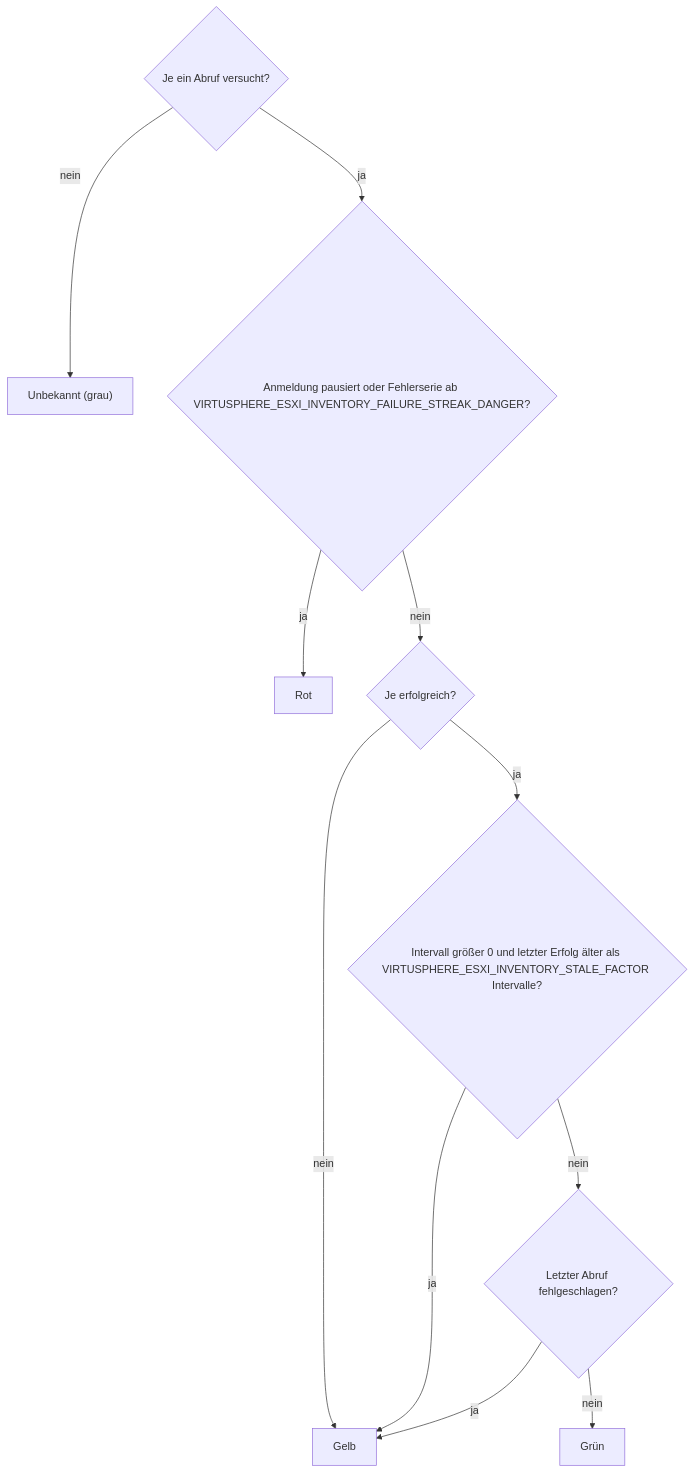
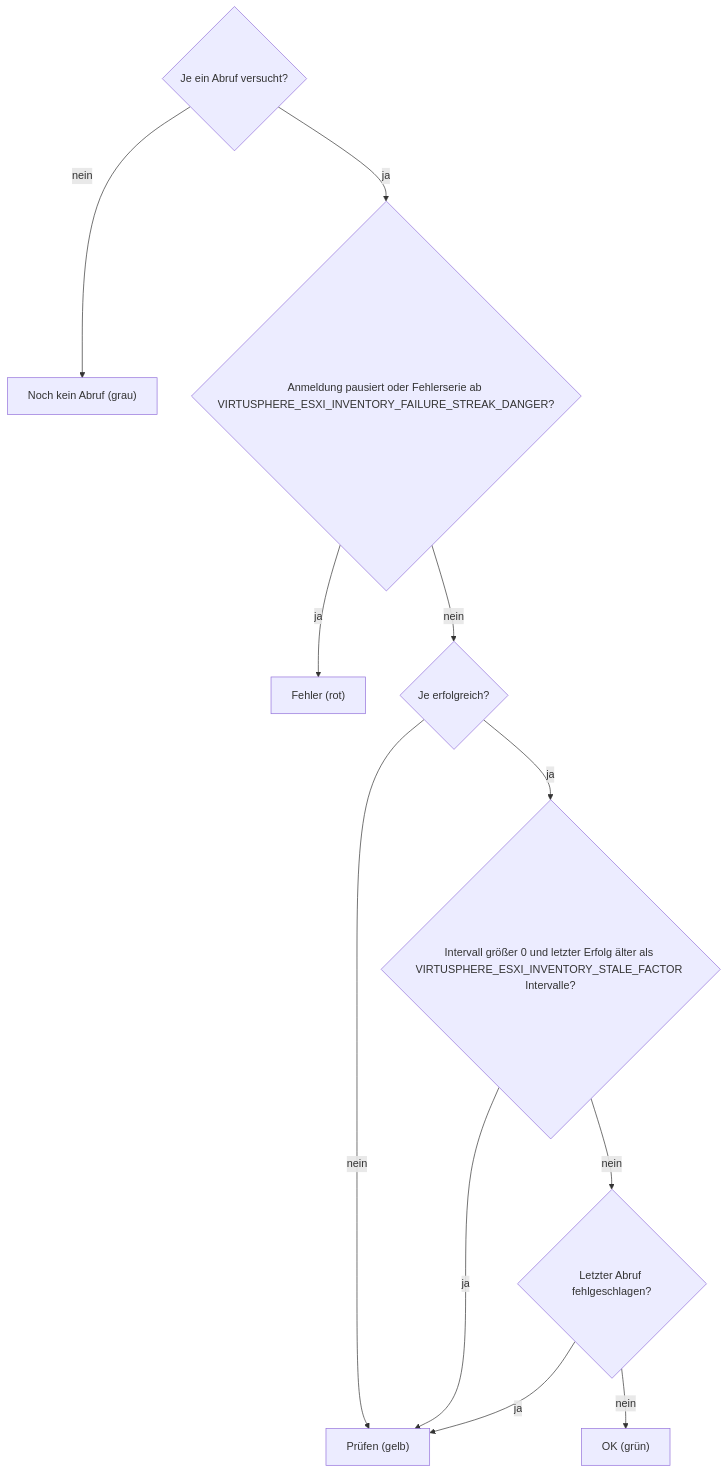
Before and after one commit to Samy94M/VirtuSphere-v2-WebApp: the fifth of 8 diagrams in docs/operations/system-status-checks.md, drawn with Mermaid. The commit also changed other lines of this file and 7 other files, not shown here.

First line of the commit message:
Guard the flow documents against the code and recheck every diagram

````diff
--- a/docs/operations/system-status-checks.md
+++ b/docs/operations/system-status-checks.md
@@ -130,13 +138,13 @@
 ```mermaid
 flowchart TD
-  A{"Je ein Abruf versucht?"} -->|nein| U["Unbekannt (grau)"]
+  A{"Je ein Abruf versucht?"} -->|nein| U["Noch kein Abruf (grau)"]
   A -->|ja| B{"Anmeldung pausiert oder Fehlerserie ab VIRTUSPHERE_ESXI_INVENTORY_FAILURE_STREAK_DANGER?"}
-  B -->|ja| D["Rot"]
+  B -->|ja| D["Fehler (rot)"]
   B -->|nein| C{"Je erfolgreich?"}
-  C -->|nein| W["Gelb"]
+  C -->|nein| W["Prüfen (gelb)"]
   C -->|ja| E{"Intervall größer 0 und letzter Erfolg älter als VIRTUSPHERE_ESXI_INVENTORY_STALE_FACTOR Intervalle?"}
   E -->|ja| W
   E -->|nein| F{"Letzter Abruf fehlgeschlagen?"}
   F -->|ja| W
-  F -->|nein| O["Grün"]
+  F -->|nein| O["OK (grün)"]
 ```
````
